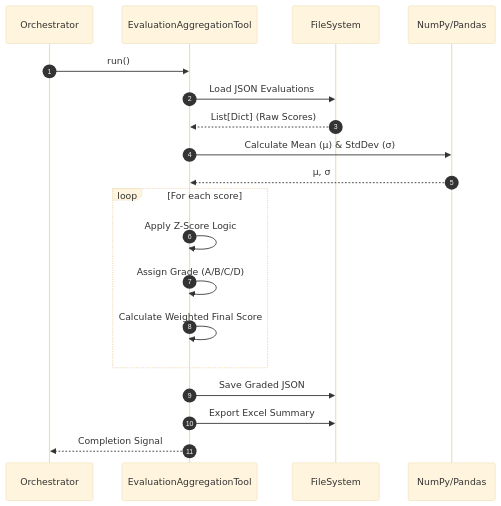
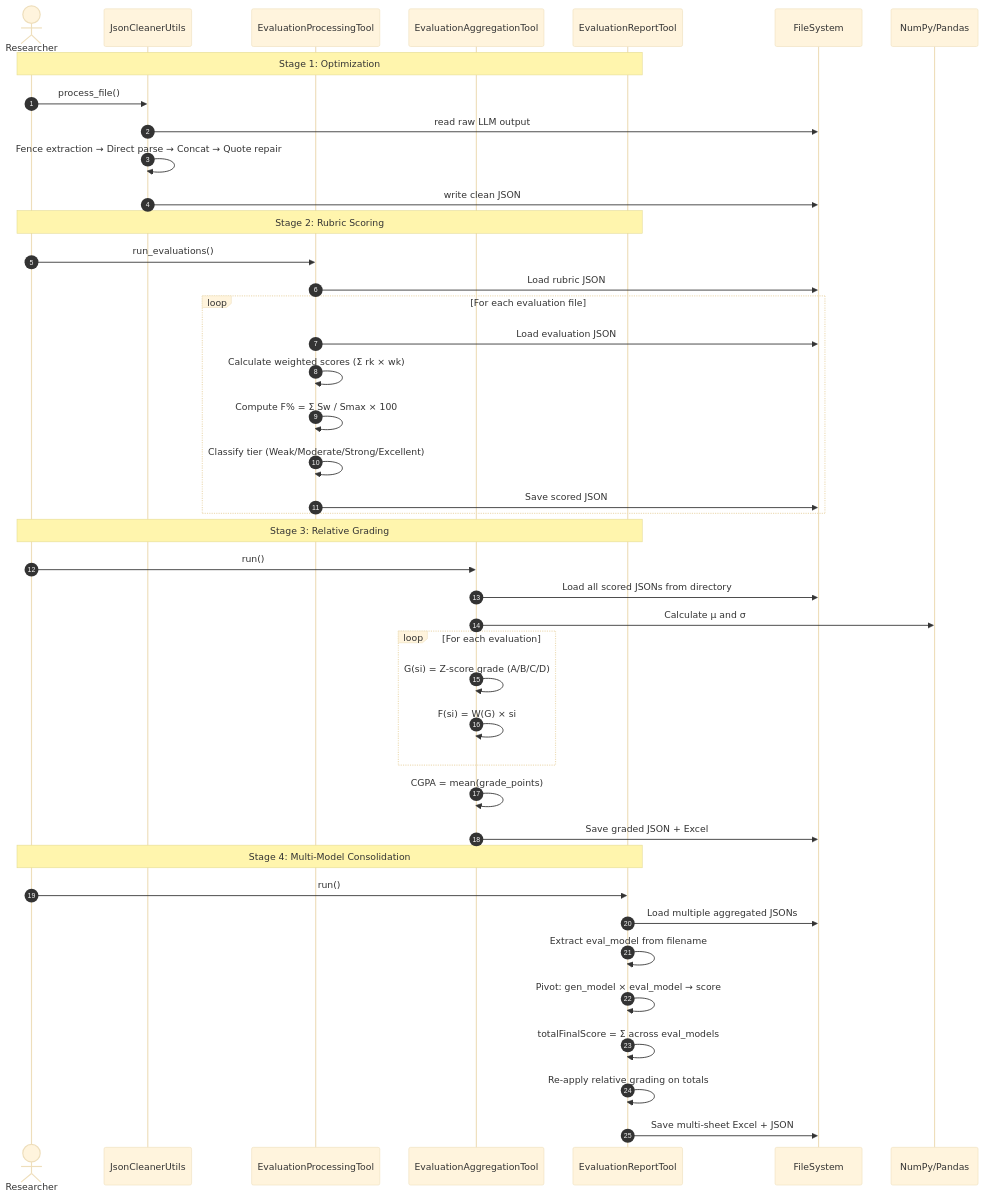
One commit to NikhilVijayakumar/Amsha changed the third of 5 diagrams in docs/paper/modules/output_process/architecture.md. Above: the diagram before and after it, drawn with Mermaid. The commit also changed other lines of this file and 24 other files, not shown here.

````diff
--- a/docs/paper/modules/output_process/architecture.md
+++ b/docs/paper/modules/output_process/architecture.md
@@ -41,27 +131,49 @@
 ```mermaid
 %%{init: {'theme': 'base'}}%%
 sequenceDiagram
     autonumber
-    participant Orch as Orchestrator
+    actor User as Researcher
+    participant Clean as JsonCleanerUtils
+    participant Scorer as EvaluationProcessingTool
     participant Agg as EvaluationAggregationTool
+    participant Report as EvaluationReportTool
     participant FS as FileSystem
-    participant Stats as NumPy/Pandas
+    participant NP as NumPy/Pandas
 
-    Orch->>Agg: run()
-    Agg->>FS: Load JSON Evaluations
-    FS-->>Agg: List[Dict] (Raw Scores)
-    
-    Agg->>Stats: Calculate Mean (μ) & StdDev (σ)
-    Stats-->>Agg: μ, σ
-    
-    loop For each score
-        Agg->>Agg: Apply Z-Score Logic
-        Agg->>Agg: Assign Grade (A/B/C/D)
-        Agg->>Agg: Calculate Weighted Final Score
+    Note over User,Report: Stage 1: Optimization
+    User->>Clean: process_file()
+    Clean->>FS: read raw LLM output
+    Clean->>Clean: Fence extraction → Direct parse → Concat → Quote repair
+    Clean->>FS: write clean JSON
+
+    Note over User,Report: Stage 2: Rubric Scoring
+    User->>Scorer: run_evaluations()
+    Scorer->>FS: Load rubric JSON
+    loop For each evaluation file
+        Scorer->>FS: Load evaluation JSON
+        Scorer->>Scorer: Calculate weighted scores (Σ rk × wk)
+        Scorer->>Scorer: Compute F% = Σ Sw / Smax × 100
+        Scorer->>Scorer: Classify tier (Weak/Moderate/Strong/Excellent)
+        Scorer->>FS: Save scored JSON
     end
-    
-    Agg->>FS: Save Graded JSON
-    Agg->>FS: Export Excel Summary
-    
-    Agg-->>Orch: Completion Signal
+
+    Note over User,Report: Stage 3: Relative Grading
+    User->>Agg: run()
+    Agg->>FS: Load all scored JSONs from directory
+    Agg->>NP: Calculate μ and σ
+    loop For each evaluation
+        Agg->>Agg: G(si) = Z-score grade (A/B/C/D)
+        Agg->>Agg: F(si) = W(G) × si
+    end
+    Agg->>Agg: CGPA = mean(grade_points)
+    Agg->>FS: Save graded JSON + Excel
+
+    Note over User,Report: Stage 4: Multi-Model Consolidation
+    User->>Report: run()
+    Report->>FS: Load multiple aggregated JSONs
+    Report->>Report: Extract eval_model from filename
+    Report->>Report: Pivot: gen_model × eval_model → score
+    Report->>Report: totalFinalScore = Σ across eval_models
+    Report->>Report: Re-apply relative grading on totals
+    Report->>FS: Save multi-sheet Excel + JSON
 ```
````
